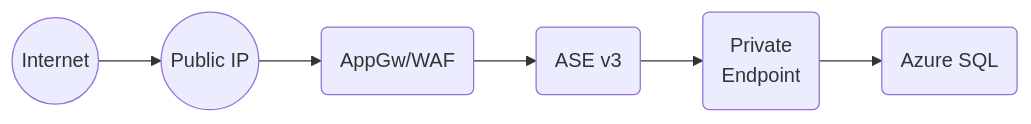
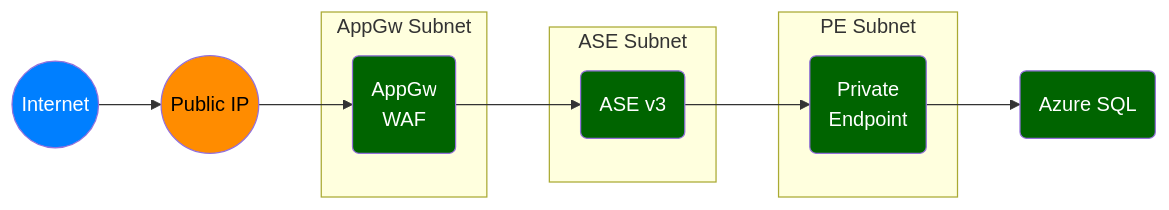
Before and after one commit to msalemor/app-services-networking: the sixth of 7 diagrams in README.md, drawn with Mermaid. The commit also changed other lines of this file, not shown here.

````diff
--- a/README.md
+++ b/README.md
@@ -236,8 +236,24 @@
 ```mermaid
 graph LR;
-    A((Internet))-->B((Public IP));
-    B-->C(AppGw/WAF);
-    C-->D(ASE v3);
-    D-->E(Private<br/>Endpoint);
-    E-->F(Azure SQL);
+  A((Internet))-->B((Public IP));
+  B-->a1;
+  subgraph "AppGw Subnet"
+    a1(AppGw<br/>WAF);
+  end;
+  a1-->a2;
+  subgraph "ASE Subnet"
+    a2(ASE v3);
+  end;
+  a2-->a3;
+  subgraph "PE Subnet"
+    a3(Private<br/>Endpoint);
+  end;
+  a3-->F(Azure SQL);
+  classDef internet fill:#007FFF,color:white;
+  classDef unsafe fill:#ff3333,color:white;
+  classDef semisafe fill:darkorange,color:black;
+  classDef safe fill:darkgreen,color:white;
+  class A internet;
+  class B semisafe;
+  class a1,a2,a3,F safe;    
 ```
````
